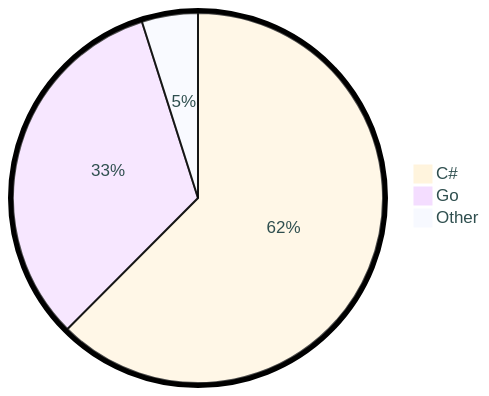
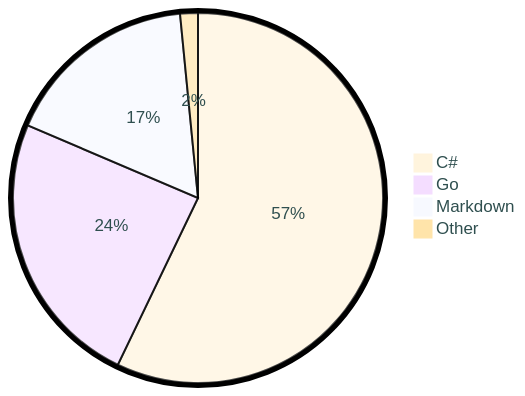
One commit to tot0p/tot0p changed the diagram in README.md. Above: the diagram before and after it, drawn with Mermaid. The commit also changed other lines of this file, not shown here.

````diff
--- a/README.md
+++ b/README.md
@@ -76,7 +77,8 @@
 ```mermaid
 %%{init: {"pie": {"textPosition": 0.5}, "themeVariables": {"pieOuterStrokeWidth": "5px","primaryTextColor" : "#2F4F4F"},"theme":"base"} }%%
 pie
-	"C#": 62.47
-	"Go": 32.63
-	"Other": 4.8999999999999995
+	"C#": 57.13
+	"Go": 24.29
+	"Markdown": 17.03
+	"Other": 1.5500000000000005
 ```
````
